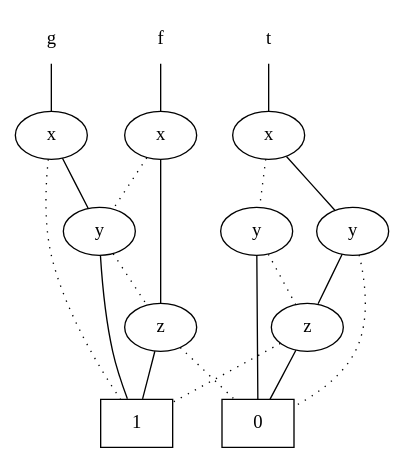
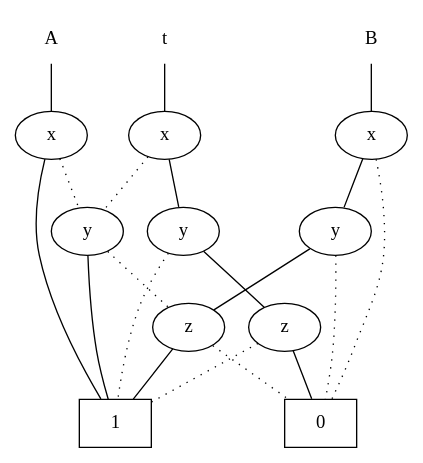
The diagram in SBDD/exportWithRes.dot (sventhijssen/SBDD), drawn with Graphviz before and after one commit. The commit also changed 4 other files, not shown here.

```diff
--- a/SBDD/exportWithRes.dot
+++ b/SBDD/exportWithRes.dot
@@ -1,34 +1,34 @@
 graph sbdd { 
-f[shape="plaintext"];
-f -- 4;
-g[shape="plaintext"];
-g -- 5;
+A[shape="plaintext"];
+A -- 4;
+B[shape="plaintext"];
+B -- 6;
 t[shape="plaintext"];
 t -- 9;
 1[shape="box"];
 0[shape="box"];
 2[label="z"];
 3[label="y"];
 4[label="x"];
-5[label="x"];
-6[label="z"];
-7[label="y"];
+5[label="y"];
+6[label="x"];
+7[label="z"];
 8[label="y"];
 9[label="x"];
 2 -- 0 [style="dotted"];
 2 -- 1;
 3 -- 2 [style="dotted"];
 3 -- 1;
 4 -- 3 [style="dotted"];
-4 -- 2;
-5 -- 1 [style="dotted"];
-5 -- 3;
-6 -- 1 [style="dotted"];
-6 -- 0;
-7 -- 0 [style="dotted"];
-7 -- 6;
-8 -- 6 [style="dotted"];
-8 -- 0;
-9 -- 8 [style="dotted"];
-9 -- 7;
+4 -- 1;
+5 -- 0 [style="dotted"];
+5 -- 2;
+6 -- 0 [style="dotted"];
+6 -- 5;
+7 -- 1 [style="dotted"];
+7 -- 0;
+8 -- 1 [style="dotted"];
+8 -- 7;
+9 -- 3 [style="dotted"];
+9 -- 8;
  }
```
